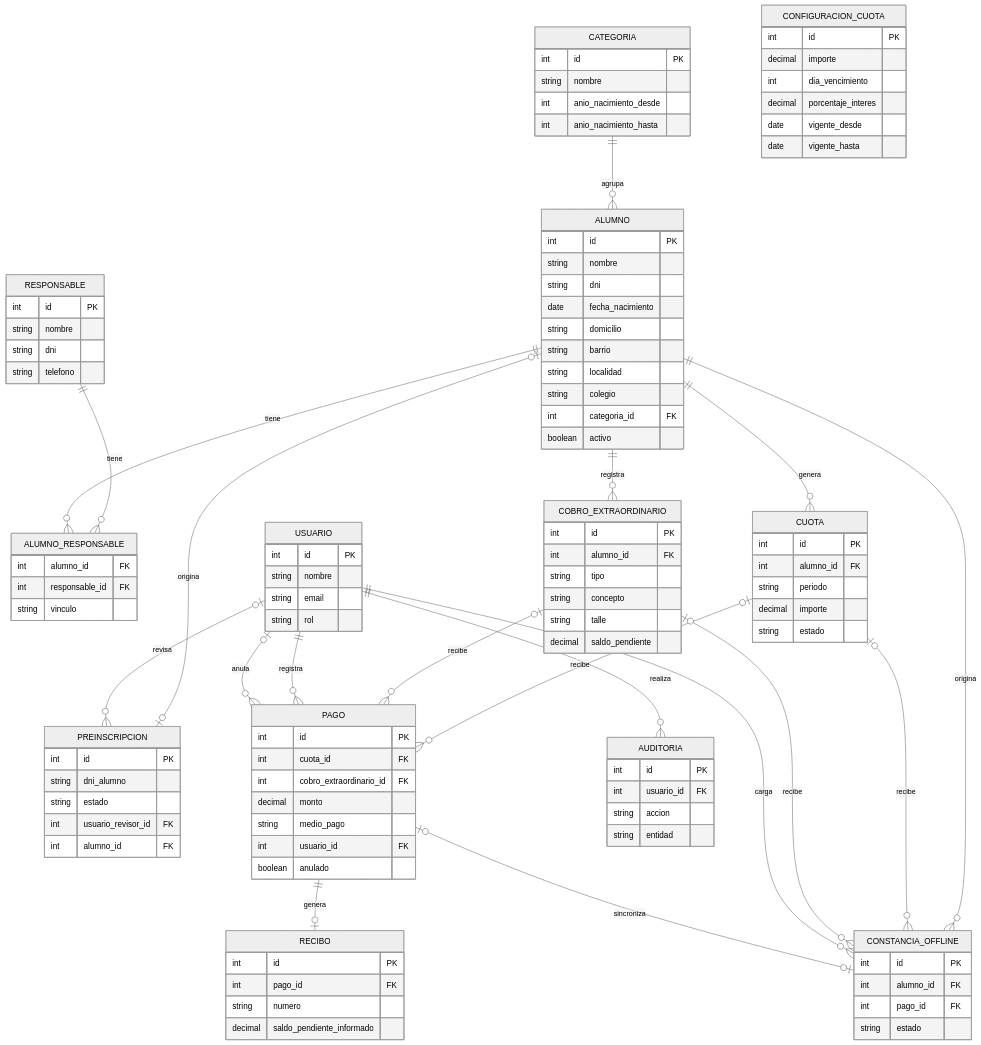
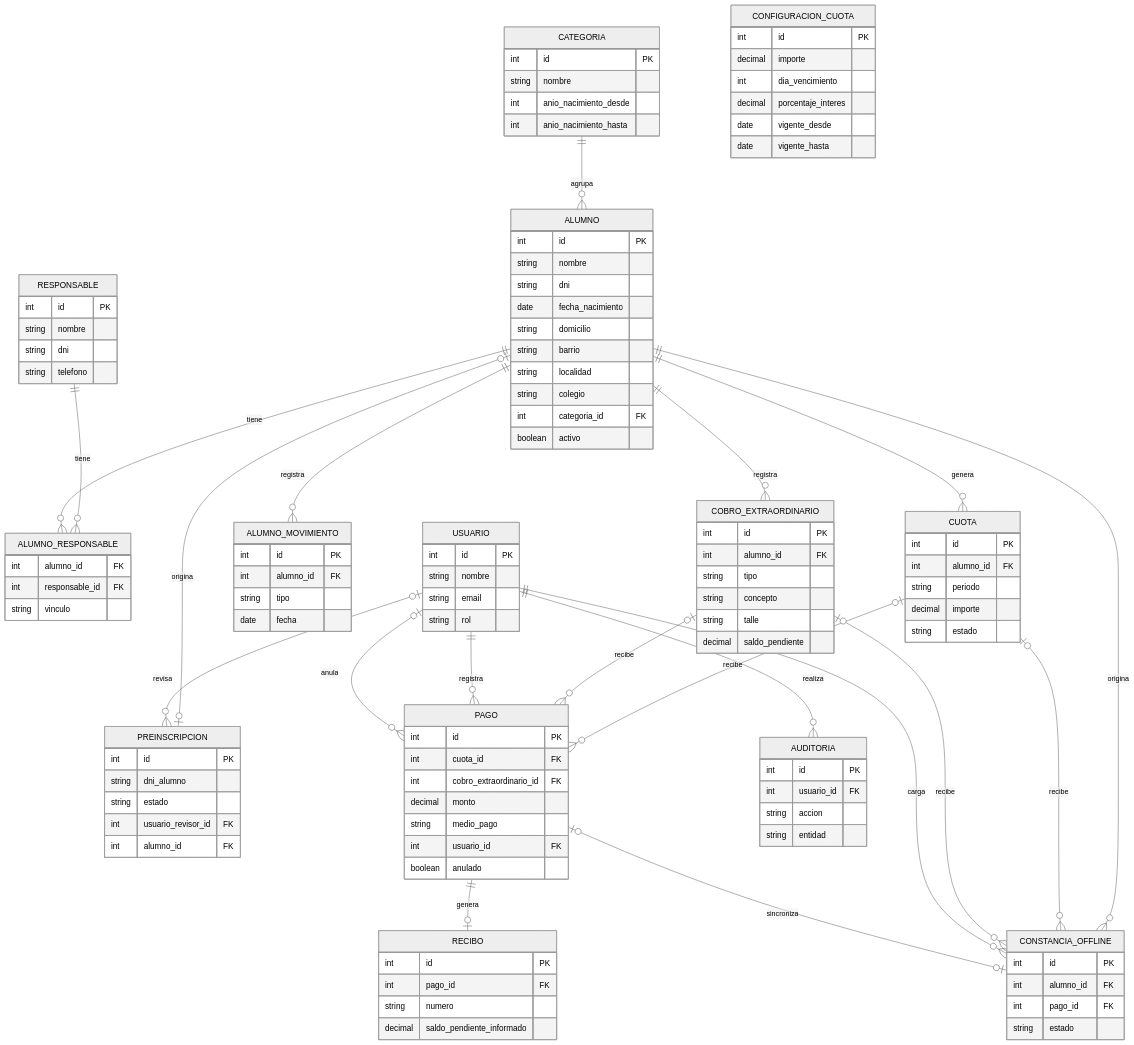
Before and after one commit to Marigi84/rojas-fc-gestion: the diagram in docs/2da Entrega - Diseño y Modulos.md, drawn with Mermaid (neutral theme). The commit also changed other lines of this file and 2 other files, not shown here.

```diff
--- a/docs/2da Entrega - Diseño y Modulos.md
+++ b/docs/2da Entrega - Diseño y Modulos.md
@@ -18,6 +18,7 @@
   ALUMNO ||--o{ ALUMNO_RESPONSABLE : tiene
   ALUMNO o|--o| PREINSCRIPCION : origina
   USUARIO o|--o{ PREINSCRIPCION : revisa
+  ALUMNO ||--o{ ALUMNO_MOVIMIENTO : registra
   ALUMNO ||--o{ CUOTA : genera
   ALUMNO ||--o{ COBRO_EXTRAORDINARIO : registra
   CUOTA o|--o{ PAGO : recibe
@@ -66,6 +67,12 @@
     int alumno_id FK
     int responsable_id FK
     string vinculo
+  }
+  ALUMNO_MOVIMIENTO {
+    int id PK
+    int alumno_id FK
+    string tipo
+    date fecha
   }
   PREINSCRIPCION {
     int id PK
```
